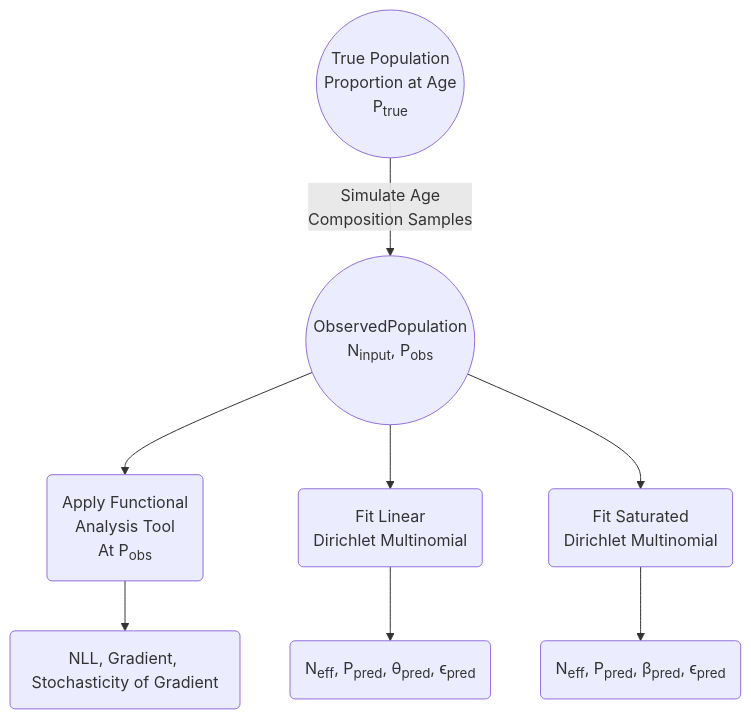
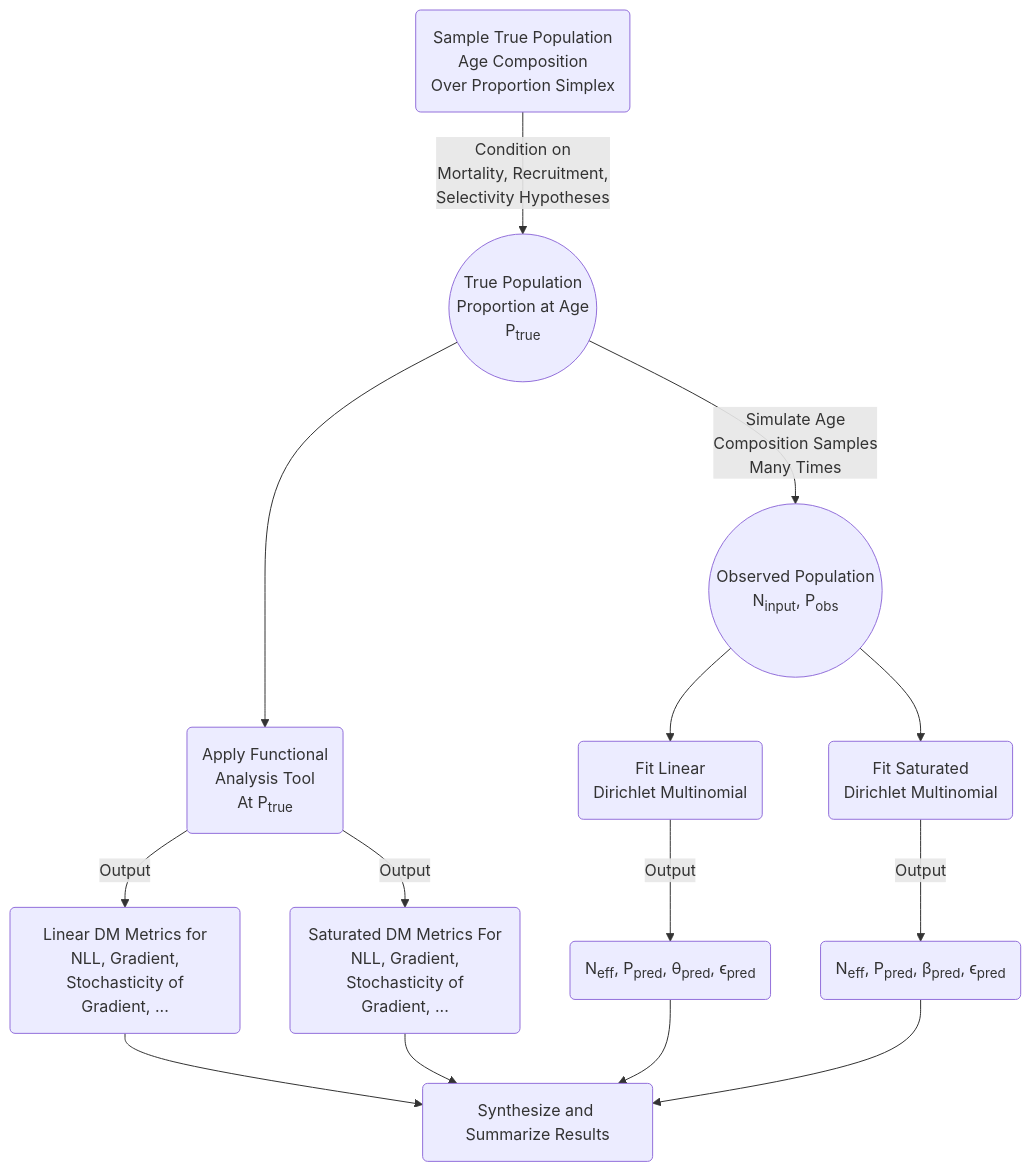
One commit to NOAA-FIMS/FIMS_statistical_computing_investigations changed the diagram in R/mermaid/simulate-estimate.qmd. Above: the diagram before and after it, drawn with Mermaid. The commit also changed other lines of this file and 16 other files, not shown here.

Commit message:
Update simulate-estimate diagram

````diff
--- a/R/mermaid/simulate-estimate.qmd
+++ b/R/mermaid/simulate-estimate.qmd
@@ -10,11 +24,16 @@
 ```{mermaid}
 graph TD
-    A((True Population <br> Proportion at Age <br> P<sub>true</sub>)) -- Simulate Age<br>Composition Samples --> B((ObservedPopulation<br>N<sub>input</sub>, P<sub>obs</sub>))
-    B --> C1(Apply Functional<br>Analysis Tool<br>At P<sub>obs</sub>)
-    C1 --> D1(NLL, Gradient, Stochasticity of Gradient)
+    Z(Sample True Population<br>Age Composition<br>Over Proportion Simplex) -- Condition on<br>Mortality, Recruitment,<br>Selectivity Hypotheses --> A((True Population <br> Proportion at Age <br> P<sub>true</sub>)) 
+    A -- Simulate Age<br>Composition Samples<br>Many Times --> B((Observed Population<br>N<sub>input</sub>, P<sub>obs</sub>))
+    A --> C1(Apply Functional<br>Analysis Tool<br>At P<sub>true</sub>)
+    C1 -- Output --> D11(Linear DM Metrics for<br>NLL, Gradient,<br> Stochasticity of Gradient, ...)
+    C1 -- Output --> D12(Saturated DM Metrics For<br>NLL, Gradient,<br> Stochasticity of Gradient, ...)
     B --> C2(Fit Linear<br>Dirichlet Multinomial)
-    C2 --> D2(N<sub>eff</sub>, P<sub>pred</sub>, θ<sub>pred</sub>, ϵ<sub>pred</sub>)
+    C2 -- Output --> D2(N<sub>eff</sub>, P<sub>pred</sub>, θ<sub>pred</sub>, ϵ<sub>pred</sub>)
     B --> C3(Fit Saturated<br>Dirichlet Multinomial)
-    C3 --> D3(N<sub>eff</sub>, P<sub>pred</sub>, β<sub>pred</sub>, ϵ<sub>pred</sub>)
-
+    C3 -- Output --> D3(N<sub>eff</sub>, P<sub>pred</sub>, β<sub>pred</sub>, ϵ<sub>pred</sub>)
+D11 --> E(Synthesize and Summarize Results)
+D12 --> E
+D2 --> E
+D3 --> E
 ```
````
